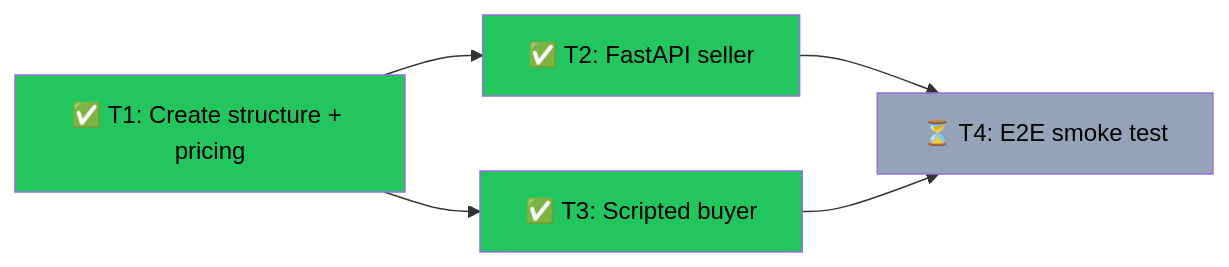
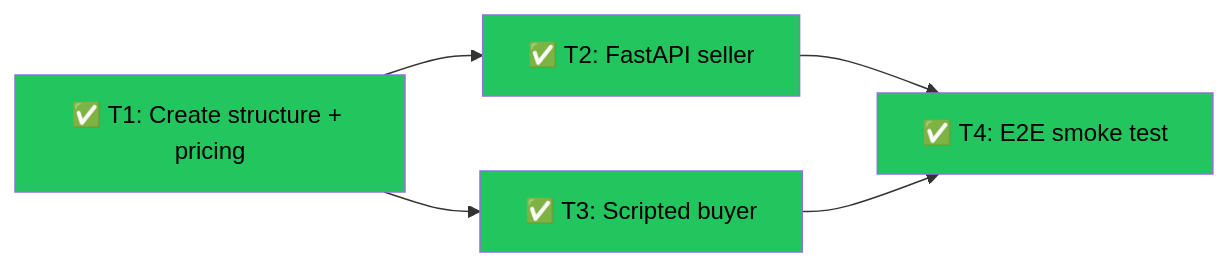
One commit to blueif16/nevermind-agent changed the diagram in .tasks/slice2-smoke-test.md. Above: the diagram before and after it, drawn with Mermaid. The commit also changed other lines of this file and 11 other files, not shown here.

````diff
--- a/.tasks/slice2-smoke-test.md
+++ b/.tasks/slice2-smoke-test.md
@@ -22,11 +32,11 @@
 ```mermaid
 graph LR
     T1["✅ T1: Create structure + pricing"] --> T2["✅ T2: FastAPI seller"]
     T1 --> T3["✅ T3: Scripted buyer"]
-    T2 --> T4["⏳ T4: E2E smoke test"]
+    T2 --> T4["✅ T4: E2E smoke test"]
     T3 --> T4
     style T1 fill:#22c55e,color:#000
     style T2 fill:#22c55e,color:#000
     style T3 fill:#22c55e,color:#000
-    style T4 fill:#94a3b8,color:#000
+    style T4 fill:#22c55e,color:#000
 ```
````
